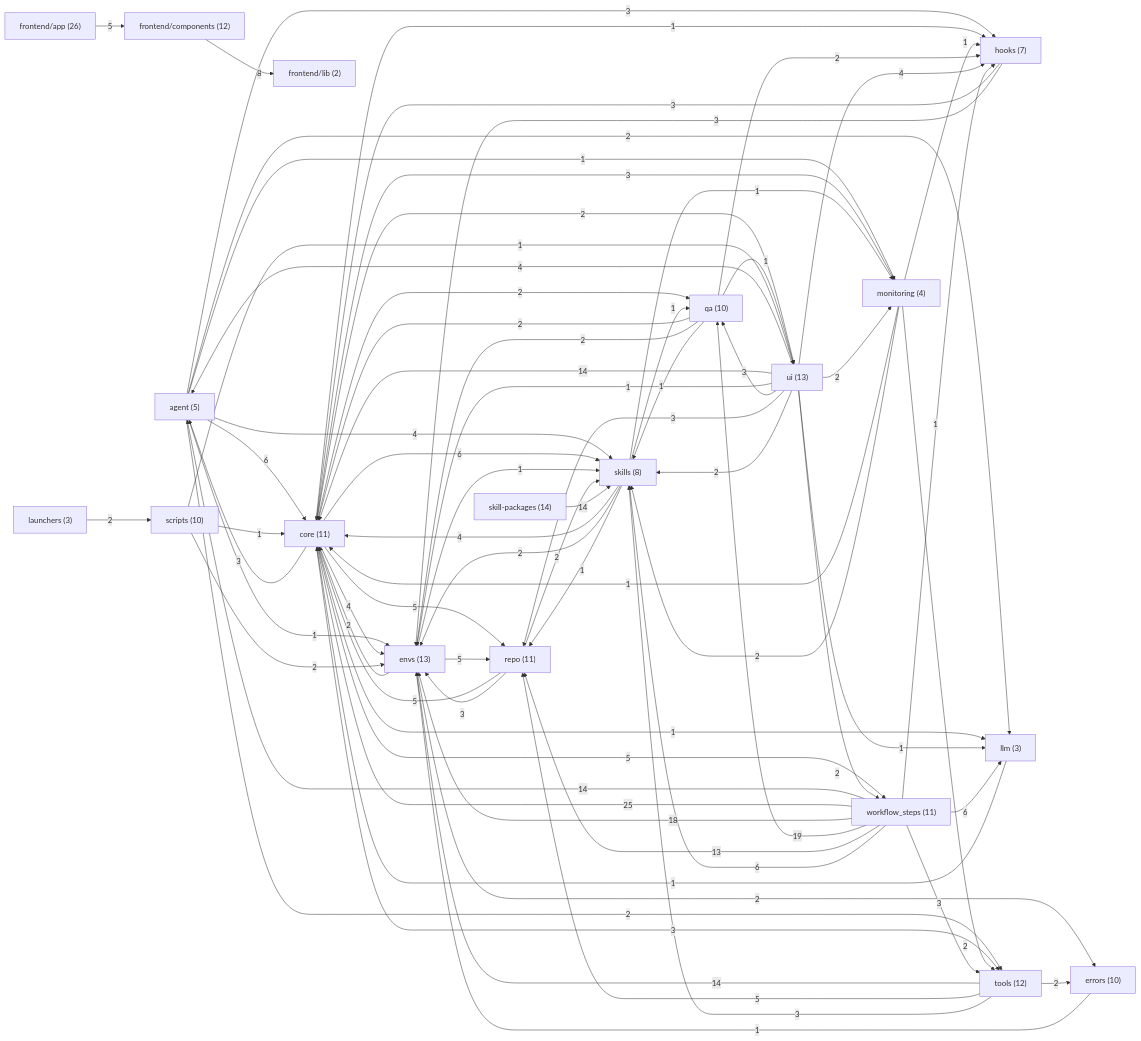
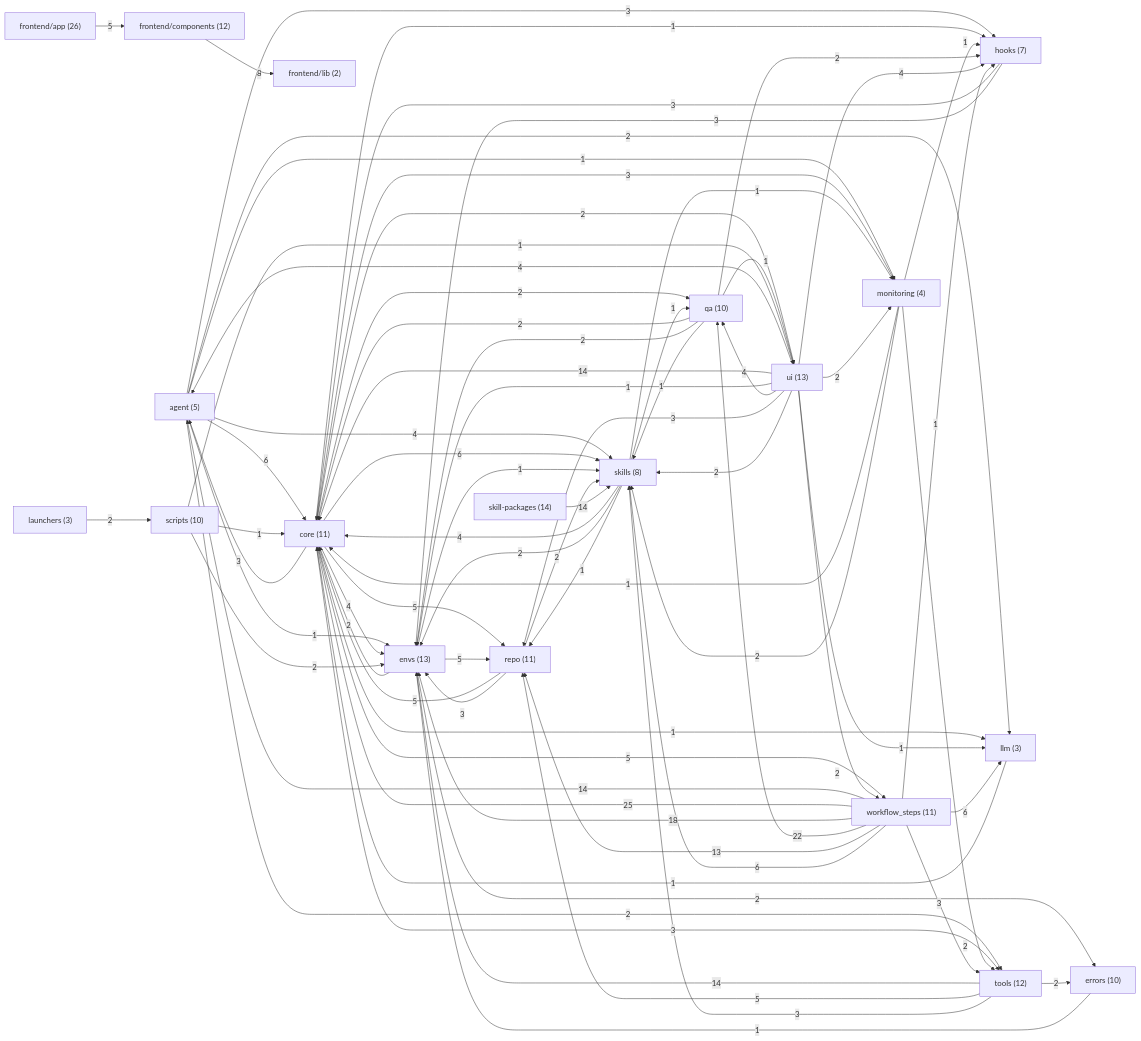
The second of 21 diagrams in docs/ARCHITECTURE_MAP.md (sarveshtalele/maf-harness-testing), drawn with Mermaid before and after one commit. The commit also changed other lines of this file and 28 other files, not shown here.

```diff
--- a/docs/ARCHITECTURE_MAP.md
+++ b/docs/ARCHITECTURE_MAP.md
@@ -138,7 +138,7 @@
   g17 -->|4| g7
   g17 -->|1| g9
   g17 -->|2| g10
-  g17 -->|3| g11
+  g17 -->|4| g11
   g17 -->|3| g12
   g17 -->|2| g15
   g17 -->|2| g18
@@ -147,7 +147,7 @@
   g18 -->|18| g2
   g18 -->|1| g7
   g18 -->|6| g9
-  g18 -->|19| g11
+  g18 -->|22| g11
   g18 -->|13| g12
   g18 -->|6| g15
   g18 -->|3| g16
```
